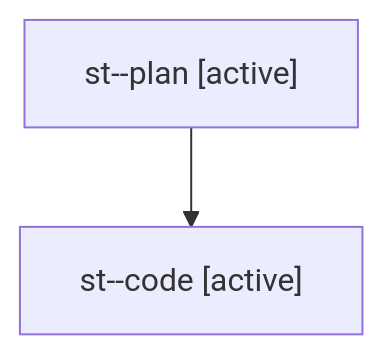
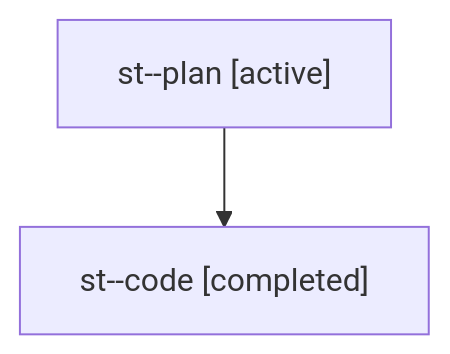
Before and after one commit to bobs-org/bob-cli--agents: the diagram in sessions/bbugyi200.athena.st.md, drawn with Mermaid. The commit also changed other lines of this file and 6 other files, not shown here.

````diff
--- a/sessions/bbugyi200.athena.st.md
+++ b/sessions/bbugyi200.athena.st.md
@@ -9,6 +9,6 @@
 ```mermaid
 flowchart TD
   n0["st--plan [active]"]
-  n1["st--code [active]"]
+  n1["st--code [completed]"]
   n0 --> n1
 ```
````
